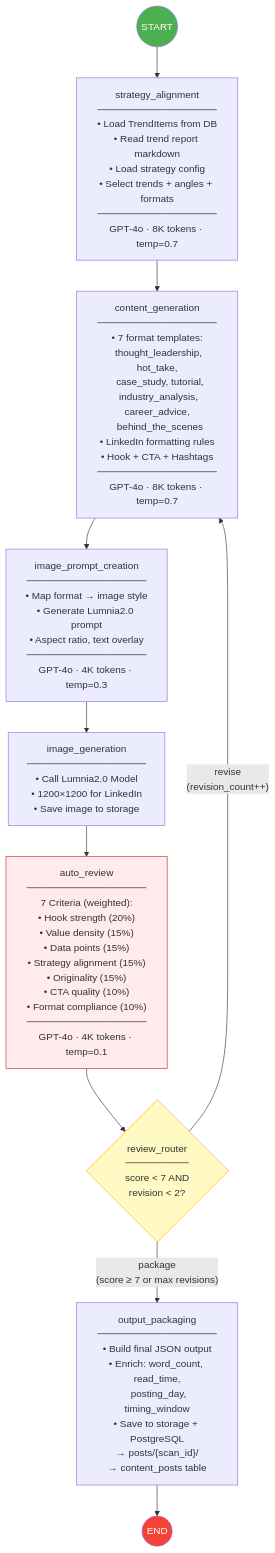
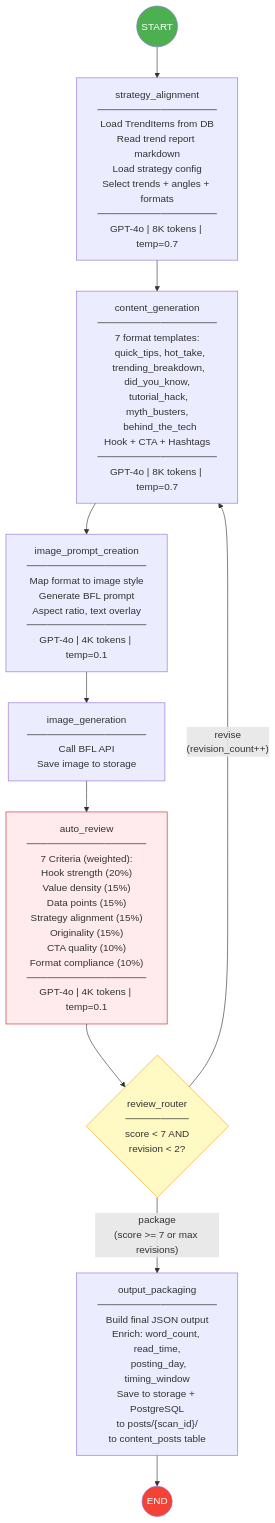
One commit to minhduc59/marketing-content_create-multi_agent changed the third of 12 diagrams in docs/architecture-diagrams.md. Above: the diagram before and after it, drawn with Mermaid. The commit also changed other lines of this file and 96 other files, not shown here.

````diff
--- a/docs/architecture-diagrams.md
+++ b/docs/architecture-diagrams.md
@@ -111,28 +124,28 @@
 ```mermaid
 graph TD
     START((START)) --> STRATEGY
 
-    STRATEGY["strategy_alignment<br/>─────────────────<br/>• Load TrendItems from DB<br/>• Read trend report markdown<br/>• Load strategy config<br/>• Select trends + angles + formats<br/>─────────────────<br/>GPT-4o · 8K tokens · temp=0.7"]
+    STRATEGY["strategy_alignment<br/>─────────────────<br/>Load TrendItems from DB<br/>Read trend report markdown<br/>Load strategy config<br/>Select trends + angles + formats<br/>─────────────────<br/>GPT-4o | 8K tokens | temp=0.7"]
 
-    STRATEGY --> CONTENT["content_generation<br/>─────────────────<br/>• 7 format templates:<br/>  thought_leadership, hot_take,<br/>  case_study, tutorial,<br/>  industry_analysis, career_advice,<br/>  behind_the_scenes<br/>• LinkedIn formatting rules<br/>• Hook + CTA + Hashtags<br/>─────────────────<br/>GPT-4o · 8K tokens · temp=0.7"]
+    STRATEGY --> CONTENT["content_generation<br/>─────────────────<br/>7 format templates:<br/>  quick_tips, hot_take,<br/>  trending_breakdown, did_you_know,<br/>  tutorial_hack, myth_busters,<br/>  behind_the_tech<br/>Hook + CTA + Hashtags<br/>─────────────────<br/>GPT-4o | 8K tokens | temp=0.7"]
 
-    CONTENT --> IMG_PROMPT["image_prompt_creation<br/>─────────────────<br/>• Map format → image style<br/>• Generate Lumnia2.0 prompt<br/>• Aspect ratio, text overlay<br/>─────────────────<br/>GPT-4o · 4K tokens · temp=0.3"]
+    CONTENT --> IMG_PROMPT["image_prompt_creation<br/>─────────────────<br/>Map format to image style<br/>Generate BFL prompt<br/>Aspect ratio, text overlay<br/>─────────────────<br/>GPT-4o | 4K tokens | temp=0.1"]
 
-    IMG_PROMPT --> IMG_GEN["image_generation<br/>─────────────────<br/>• Call Lumnia2.0 Model<br/>• 1200×1200 for LinkedIn<br/>• Save image to storage"]
+    IMG_PROMPT --> IMG_GEN["image_generation<br/>─────────────────<br/>Call BFL API<br/>Save image to storage"]
 
-    IMG_GEN --> REVIEW["auto_review<br/>─────────────────<br/>7 Criteria (weighted):<br/>• Hook strength (20%)<br/>• Value density (15%)<br/>• Data points (15%)<br/>• Strategy alignment (15%)<br/>• Originality (15%)<br/>• CTA quality (10%)<br/>• Format compliance (10%)<br/>─────────────────<br/>GPT-4o · 4K tokens · temp=0.1"]
+    IMG_GEN --> REVIEW["auto_review<br/>─────────────────<br/>7 Criteria (weighted):<br/>Hook strength (20%)<br/>Value density (15%)<br/>Data points (15%)<br/>Strategy alignment (15%)<br/>Originality (15%)<br/>CTA quality (10%)<br/>Format compliance (10%)<br/>─────────────────<br/>GPT-4o | 4K tokens | temp=0.1"]
 
     REVIEW --> ROUTER{review_router<br/>─────────<br/>score < 7 AND<br/>revision < 2?}
 
     ROUTER -->|"revise<br/>(revision_count++)"| CONTENT
-    ROUTER -->|"package<br/>(score ≥ 7 or max revisions)"| OUTPUT
+    ROUTER -->|"package<br/>(score >= 7 or max revisions)"| OUTPUT
 
-    OUTPUT["output_packaging<br/>─────────────────<br/>• Build final JSON output<br/>• Enrich: word_count, read_time,<br/>  posting_day, timing_window<br/>• Save to storage + PostgreSQL<br/>→ posts/{scan_id}/<br/>→ content_posts table"]
+    OUTPUT["output_packaging<br/>─────────────────<br/>Build final JSON output<br/>Enrich: word_count, read_time,<br/>  posting_day, timing_window<br/>Save to storage + PostgreSQL<br/>to posts/{scan_id}/<br/>to content_posts table"]
 
     OUTPUT --> END_NODE((END))
 
     style START fill:#4caf50,color:#fff
     style END_NODE fill:#f44336,color:#fff
     style ROUTER fill:#fff9c4,stroke:#f9a825
     style REVIEW fill:#ffebee,stroke:#c62828
 ```
````
